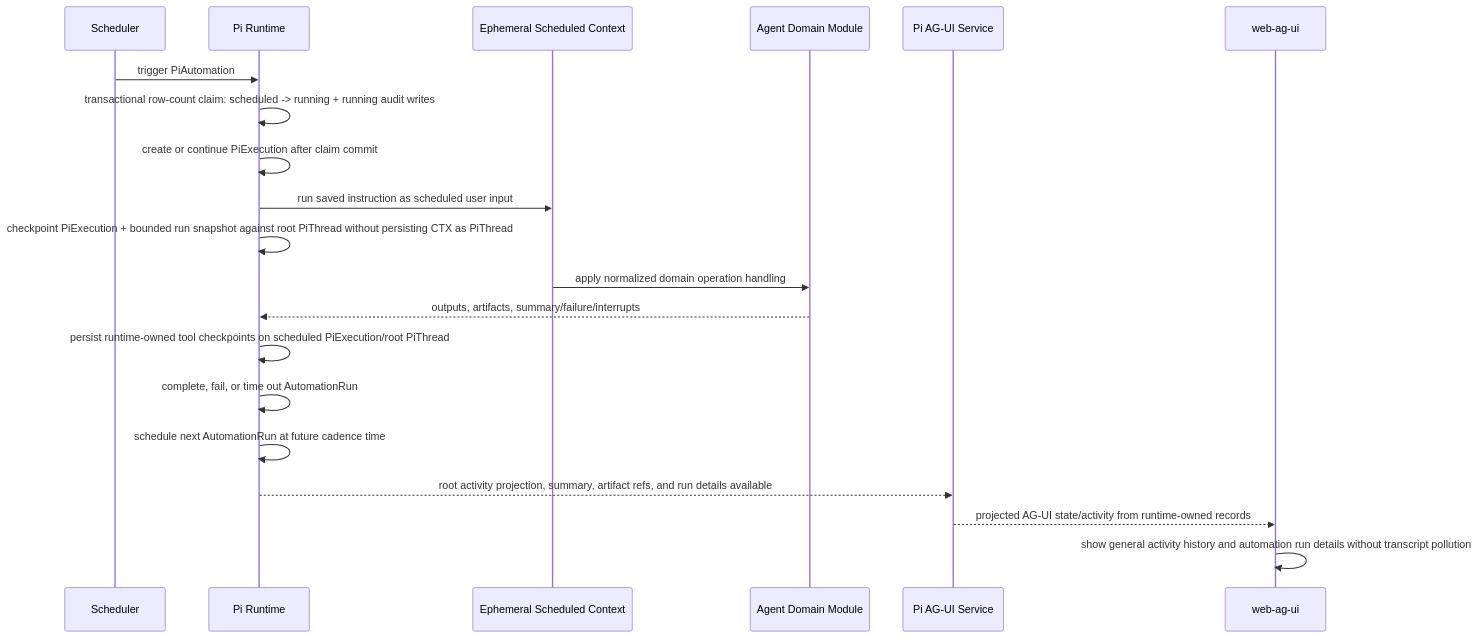
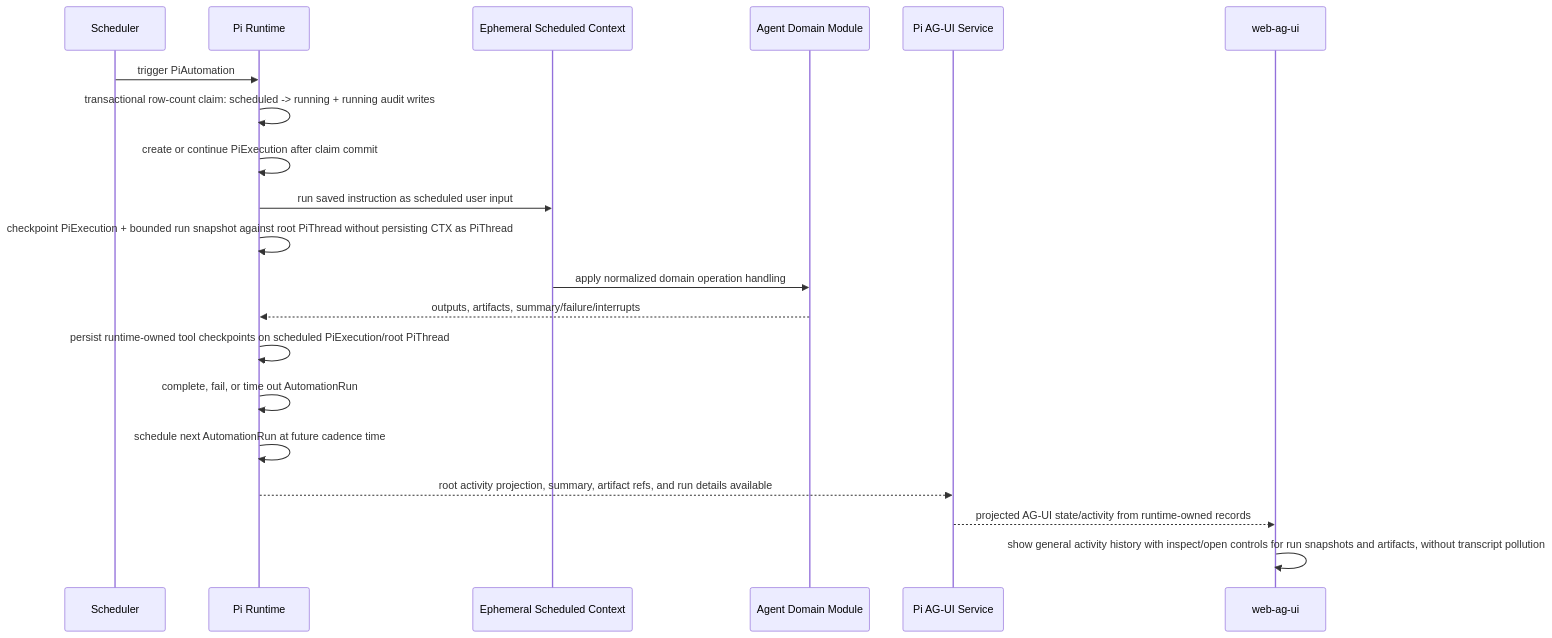
Before and after one commit to EmberAGI/arbitrum-vibekit: the sixth of 7 diagrams in typescript/clients/web-ag-ui/docs/c4-pi-runtime-architecture-and-boundaries.md, drawn with Mermaid. The commit also changed 5 other files, not shown here.

Commit message:
fix(web): expose automation run inspection

````diff
--- a/typescript/clients/web-ag-ui/docs/c4-pi-runtime-architecture-and-boundaries.md
+++ b/typescript/clients/web-ag-ui/docs/c4-pi-runtime-architecture-and-boundaries.md
@@ -339,23 +339,23 @@
 ```mermaid
 sequenceDiagram
   participant SCH as Scheduler
   participant RT as Pi Runtime
   participant CTX as Ephemeral Scheduled Context
   participant DM as Agent Domain Module
   participant AG as Pi AG-UI Service
   participant Web as web-ag-ui
 
   SCH->>RT: trigger PiAutomation
   RT->>RT: transactional row-count claim: scheduled -> running + running audit writes
   RT->>RT: create or continue PiExecution after claim commit
   RT->>CTX: run saved instruction as scheduled user input
   RT->>RT: checkpoint PiExecution + bounded run snapshot against root PiThread without persisting CTX as PiThread
   CTX->>DM: apply normalized domain operation handling
   DM-->>RT: outputs, artifacts, summary/failure/interrupts
   RT->>RT: persist runtime-owned tool checkpoints on scheduled PiExecution/root PiThread
   RT->>RT: complete, fail, or time out AutomationRun
   RT->>RT: schedule next AutomationRun at future cadence time
   RT-->>AG: root activity projection, summary, artifact refs, and run details available
   AG-->>Web: projected AG-UI state/activity from runtime-owned records
-  Web->>Web: show general activity history and automation run details without transcript pollution
+  Web->>Web: show general activity history with inspect/open controls for run snapshots and artifacts, without transcript pollution
 ```
````
